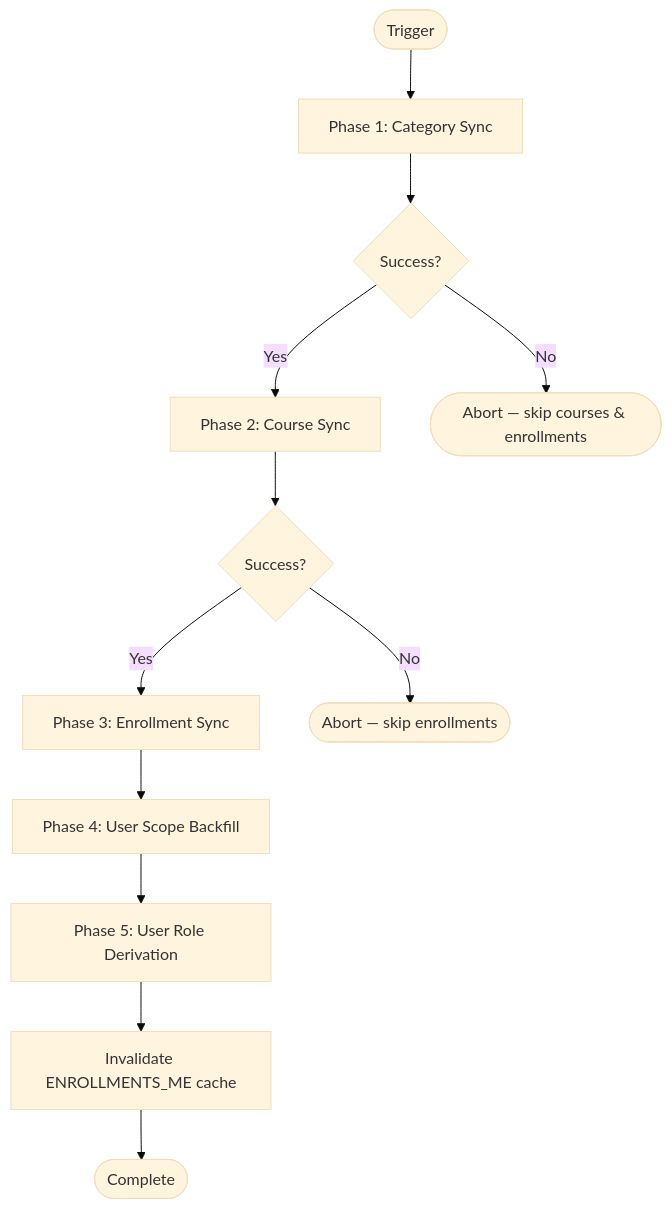
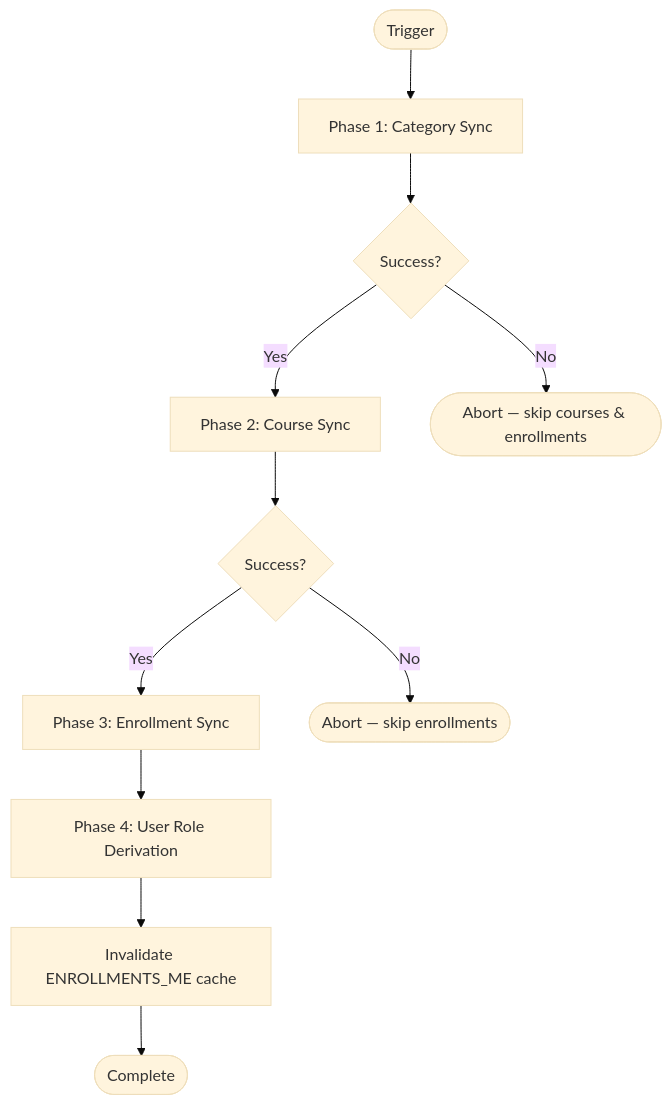
One commit to CtrlAltElite-Devs/docs.dev.faculytics changed the diagram in content/docs/workflows/institutional-sync.mdx. Above: the diagram before and after it, drawn with Mermaid (base theme). The commit also changed other lines of this file and 19 other files, not shown here.

````diff
--- a/content/docs/workflows/institutional-sync.mdx
+++ b/content/docs/workflows/institutional-sync.mdx
@@ -28,14 +28,13 @@
 ```mermaid
 flowchart TD
     Start([Trigger]) --> Categories[Phase 1: Category Sync]
     Categories --> CatOK{Success?}
     CatOK -->|Yes| Courses[Phase 2: Course Sync]
     CatOK -->|No| Abort1([Abort — skip courses & enrollments])
     Courses --> CourseOK{Success?}
     CourseOK -->|Yes| Enrollments[Phase 3: Enrollment Sync]
     CourseOK -->|No| Abort2([Abort — skip enrollments])
-    Enrollments --> Scopes[Phase 4: User Scope Backfill]
-    Scopes --> Roles[Phase 5: User Role Derivation]
+    Enrollments --> Roles[Phase 4: User Role Derivation]
     Roles --> Cache[Invalidate ENROLLMENTS_ME cache]
     Cache --> Done([Complete])
 ```
````
